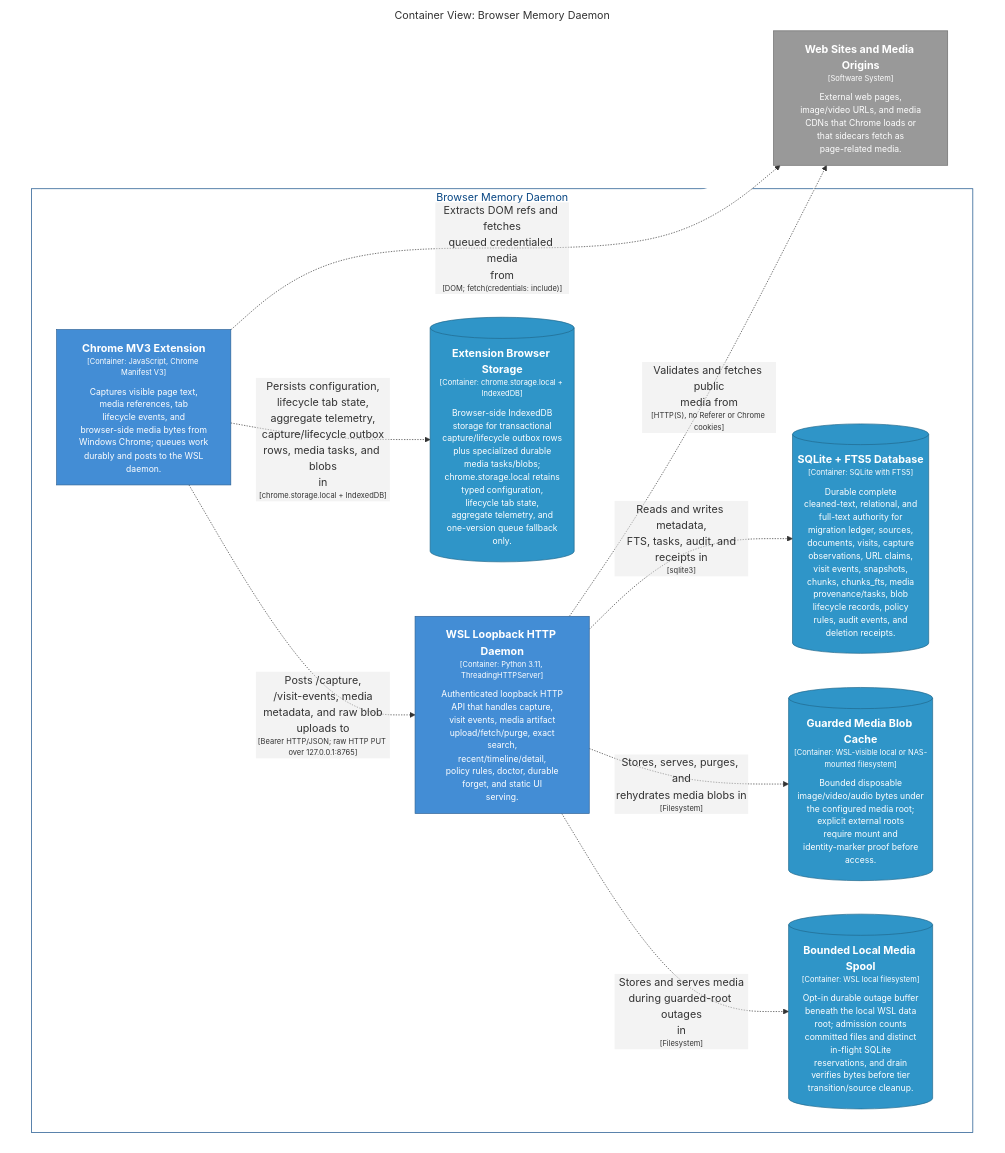
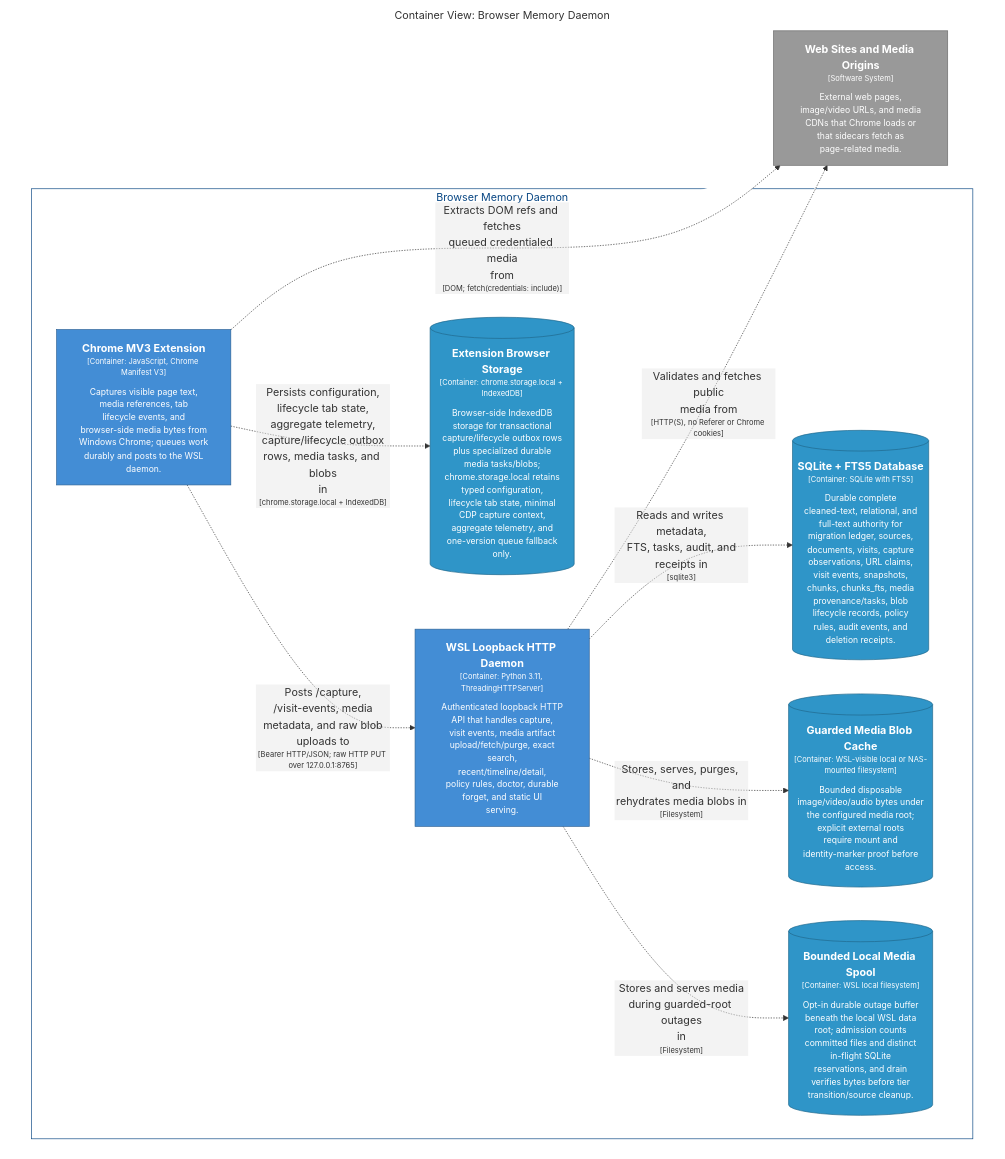
One commit to michaelnicks0/browser-memory-daemon changed the diagram in docs/architecture/diagrams/markdown/BrowserMediaContainers.md. Above: the diagram before and after it, drawn with Mermaid. The commit also changed 193 other files, not shown here.

````diff
--- a/docs/architecture/diagrams/markdown/BrowserMediaContainers.md
+++ b/docs/architecture/diagrams/markdown/BrowserMediaContainers.md
@@ -16,37 +16,37 @@
 ```mermaid
 graph TB
   linkStyle default fill:#ffffff
 
   subgraph diagram ["Container View: Browser Memory Daemon"]
     style diagram fill:#ffffff,stroke:#ffffff
 
     3["<div style='font-weight: bold'>Web Sites and Media Origins</div><div style='font-size: 70%; margin-top: 0px'>[Software System]</div><div style='font-size: 80%; margin-top:10px'>External web pages,<br />image/video URLs, and media<br />CDNs that Chrome loads or<br />that sidecars fetch as<br />page-related media.</div>"]
     style 3 fill:#999999,stroke:#6b6b6b,color:#ffffff
 
     subgraph 4 ["Browser Memory Daemon"]
       style 4 fill:#ffffff,stroke:#0b4884,color:#0b4884
 
-      14[("<div style='font-weight: bold'>Extension Browser Storage</div><div style='font-size: 70%; margin-top: 0px'>[Container: chrome.storage.local + IndexedDB]</div><div style='font-size: 80%; margin-top:10px'>Browser-side IndexedDB<br />storage for transactional<br />capture/lifecycle outbox rows<br />plus specialized durable<br />media tasks/blobs;<br />chrome.storage.local retains<br />typed configuration,<br />lifecycle tab state,<br />aggregate telemetry, and<br />one-version queue fallback<br />only.</div>")]
-      style 14 fill:#2f95c8,stroke:#20688c,color:#ffffff
-      15["<div style='font-weight: bold'>WSL Loopback HTTP Daemon</div><div style='font-size: 70%; margin-top: 0px'>[Container: Python 3.11, ThreadingHTTPServer]</div><div style='font-size: 80%; margin-top:10px'>Authenticated loopback HTTP<br />API that handles capture,<br />visit events, media artifact<br />upload/fetch/purge, exact<br />search,<br />recent/timeline/detail,<br />policy rules, doctor, durable<br />forget, and static UI<br />serving.</div>"]
-      style 15 fill:#438dd5,stroke:#2e6295,color:#ffffff
-      40[("<div style='font-weight: bold'>SQLite + FTS5 Database</div><div style='font-size: 70%; margin-top: 0px'>[Container: SQLite with FTS5]</div><div style='font-size: 80%; margin-top:10px'>Durable complete<br />cleaned-text, relational, and<br />full-text authority for<br />migration ledger, sources,<br />documents, visits, capture<br />observations, URL claims,<br />visit events, snapshots,<br />chunks, chunks_fts, media<br />provenance/tasks, blob<br />lifecycle records, policy<br />rules, audit events, and<br />deletion receipts.</div>")]
-      style 40 fill:#2f95c8,stroke:#20688c,color:#ffffff
-      42[("<div style='font-weight: bold'>Guarded Media Blob Cache</div><div style='font-size: 70%; margin-top: 0px'>[Container: WSL-visible local or NAS-mounted filesystem]</div><div style='font-size: 80%; margin-top:10px'>Bounded disposable<br />image/video/audio bytes under<br />the configured media root;<br />explicit external roots<br />require mount and<br />identity-marker proof before<br />access.</div>")]
-      style 42 fill:#2f95c8,stroke:#20688c,color:#ffffff
-      43[("<div style='font-weight: bold'>Bounded Local Media Spool</div><div style='font-size: 70%; margin-top: 0px'>[Container: WSL local filesystem]</div><div style='font-size: 80%; margin-top:10px'>Opt-in durable outage buffer<br />beneath the local WSL data<br />root; admission counts<br />committed files and distinct<br />in-flight SQLite<br />reservations, and drain<br />verifies bytes before tier<br />transition/source cleanup.</div>")]
-      style 43 fill:#2f95c8,stroke:#20688c,color:#ffffff
+      18[("<div style='font-weight: bold'>Extension Browser Storage</div><div style='font-size: 70%; margin-top: 0px'>[Container: chrome.storage.local + IndexedDB]</div><div style='font-size: 80%; margin-top:10px'>Browser-side IndexedDB<br />storage for transactional<br />capture/lifecycle outbox rows<br />plus specialized durable<br />media tasks/blobs;<br />chrome.storage.local retains<br />typed configuration,<br />lifecycle tab state, minimal<br />CDP capture context,<br />aggregate telemetry, and<br />one-version queue fallback<br />only.</div>")]
+      style 18 fill:#2f95c8,stroke:#20688c,color:#ffffff
+      19["<div style='font-weight: bold'>WSL Loopback HTTP Daemon</div><div style='font-size: 70%; margin-top: 0px'>[Container: Python 3.11, ThreadingHTTPServer]</div><div style='font-size: 80%; margin-top:10px'>Authenticated loopback HTTP<br />API that handles capture,<br />visit events, media artifact<br />upload/fetch/purge, exact<br />search,<br />recent/timeline/detail,<br />policy rules, doctor, durable<br />forget, and static UI<br />serving.</div>"]
+      style 19 fill:#438dd5,stroke:#2e6295,color:#ffffff
+      44[("<div style='font-weight: bold'>SQLite + FTS5 Database</div><div style='font-size: 70%; margin-top: 0px'>[Container: SQLite with FTS5]</div><div style='font-size: 80%; margin-top:10px'>Durable complete<br />cleaned-text, relational, and<br />full-text authority for<br />migration ledger, sources,<br />documents, visits, capture<br />observations, URL claims,<br />visit events, snapshots,<br />chunks, chunks_fts, media<br />provenance/tasks, blob<br />lifecycle records, policy<br />rules, audit events, and<br />deletion receipts.</div>")]
+      style 44 fill:#2f95c8,stroke:#20688c,color:#ffffff
+      46[("<div style='font-weight: bold'>Guarded Media Blob Cache</div><div style='font-size: 70%; margin-top: 0px'>[Container: WSL-visible local or NAS-mounted filesystem]</div><div style='font-size: 80%; margin-top:10px'>Bounded disposable<br />image/video/audio bytes under<br />the configured media root;<br />explicit external roots<br />require mount and<br />identity-marker proof before<br />access.</div>")]
+      style 46 fill:#2f95c8,stroke:#20688c,color:#ffffff
+      47[("<div style='font-weight: bold'>Bounded Local Media Spool</div><div style='font-size: 70%; margin-top: 0px'>[Container: WSL local filesystem]</div><div style='font-size: 80%; margin-top:10px'>Opt-in durable outage buffer<br />beneath the local WSL data<br />root; admission counts<br />committed files and distinct<br />in-flight SQLite<br />reservations, and drain<br />verifies bytes before tier<br />transition/source cleanup.</div>")]
+      style 47 fill:#2f95c8,stroke:#20688c,color:#ffffff
       5["<div style='font-weight: bold'>Chrome MV3 Extension</div><div style='font-size: 70%; margin-top: 0px'>[Container: JavaScript, Chrome Manifest V3]</div><div style='font-size: 80%; margin-top:10px'>Captures visible page text,<br />media references, tab<br />lifecycle events, and<br />browser-side media bytes from<br />Windows Chrome; queues work<br />durably and posts to the WSL<br />daemon.</div>"]
       style 5 fill:#438dd5,stroke:#2e6295,color:#ffffff
     end
 
-    15-. "<div>Validates and fetches public<br />media from</div><div style='font-size: 70%'>[HTTP(S), no Referer or Chrome cookies]</div>" .->3
+    19-. "<div>Validates and fetches public<br />media from</div><div style='font-size: 70%'>[HTTP(S), no Referer or Chrome cookies]</div>" .->3
     5-. "<div>Extracts DOM refs and fetches<br />queued credentialed media<br />from</div><div style='font-size: 70%'>[DOM; fetch(credentials: include)]</div>" .->3
-    5-. "<div>Persists configuration,<br />lifecycle tab state,<br />aggregate telemetry,<br />capture/lifecycle outbox<br />rows, media tasks, and blobs<br />in</div><div style='font-size: 70%'>[chrome.storage.local + IndexedDB]</div>" .->14
-    5-. "<div>Posts /capture,<br />/visit-events, media<br />metadata, and raw blob<br />uploads to</div><div style='font-size: 70%'>[Bearer HTTP/JSON; raw HTTP PUT over 127.0.0.1:8765]</div>" .->15
-    15-. "<div>Reads and writes metadata,<br />FTS, tasks, audit, and<br />receipts in</div><div style='font-size: 70%'>[sqlite3]</div>" .->40
-    15-. "<div>Stores, serves, purges, and<br />rehydrates media blobs in</div><div style='font-size: 70%'>[Filesystem]</div>" .->42
-    15-. "<div>Stores and serves media<br />during guarded-root outages<br />in</div><div style='font-size: 70%'>[Filesystem]</div>" .->43
+    5-. "<div>Persists configuration,<br />lifecycle tab state,<br />aggregate telemetry,<br />capture/lifecycle outbox<br />rows, media tasks, and blobs<br />in</div><div style='font-size: 70%'>[chrome.storage.local + IndexedDB]</div>" .->18
+    5-. "<div>Posts /capture,<br />/visit-events, media<br />metadata, and raw blob<br />uploads to</div><div style='font-size: 70%'>[Bearer HTTP/JSON; raw HTTP PUT over 127.0.0.1:8765]</div>" .->19
+    19-. "<div>Reads and writes metadata,<br />FTS, tasks, audit, and<br />receipts in</div><div style='font-size: 70%'>[sqlite3]</div>" .->44
+    19-. "<div>Stores, serves, purges, and<br />rehydrates media blobs in</div><div style='font-size: 70%'>[Filesystem]</div>" .->46
+    19-. "<div>Stores and serves media<br />during guarded-root outages<br />in</div><div style='font-size: 70%'>[Filesystem]</div>" .->47
 
   end
 ```
````
